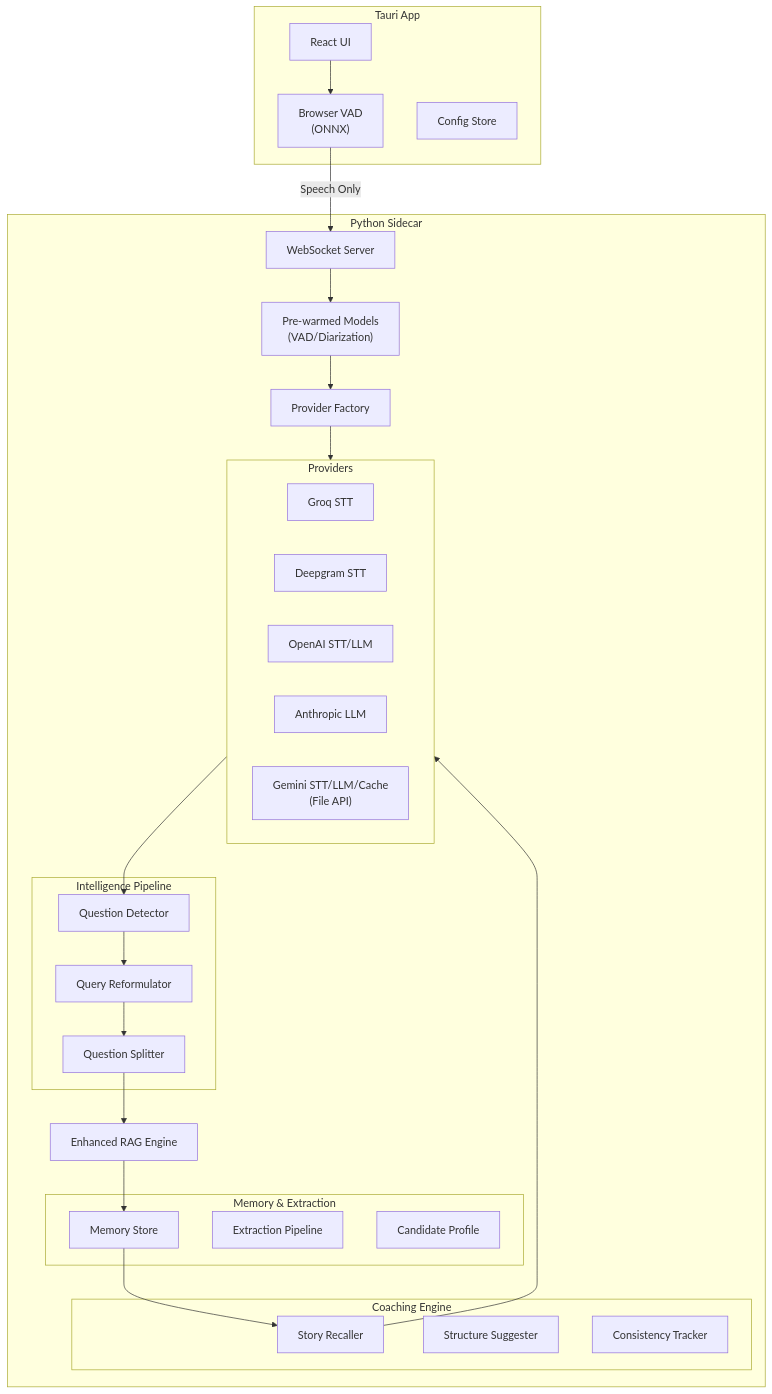
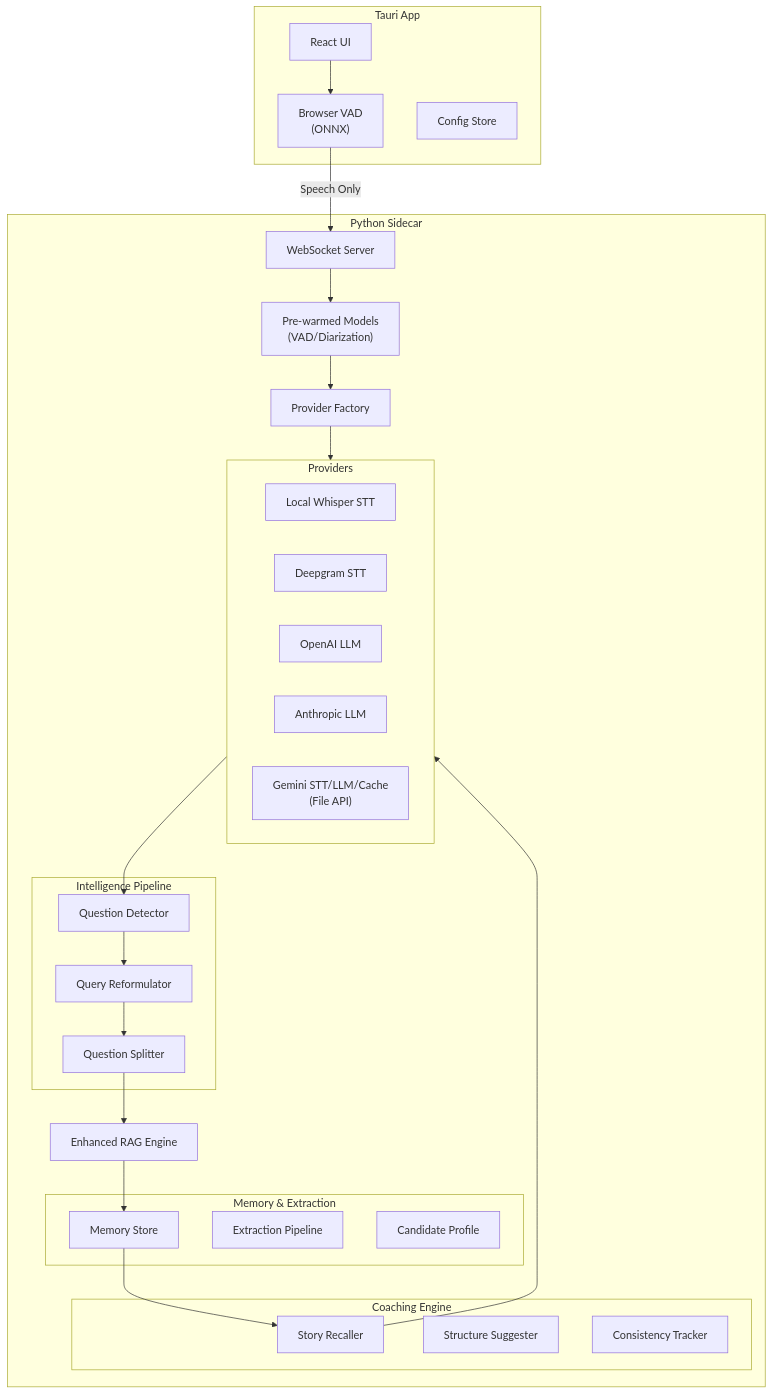
The diagram in README.md (justQrius/live_interview_agent), drawn with Mermaid before and after one commit. The commit also changed other lines of this file, not shown here.

Commit message:
docs: update README with new STT architecture details

````diff
--- a/README.md
+++ b/README.md
@@ -158,56 +157,56 @@
 ```mermaid
 graph TB
     subgraph "Tauri App"
         UI[React UI]
         BrowserVAD["Browser VAD<br/>(ONNX)"]
         Config[Config Store]
     end
 
     subgraph "Python Sidecar"
         Server[WebSocket Server]
         Factory[Provider Factory]
         
         subgraph "Providers"
-            Groq[Groq STT]
+            LocalWhisper[Local Whisper STT]
             Deepgram[Deepgram STT]
-            OpenAI[OpenAI STT/LLM]
+            OpenAI[OpenAI LLM]
             Anthropic[Anthropic LLM]
             Gemini["Gemini STT/LLM/Cache<br/>(File API)"]
         end
         
         Models["Pre-warmed Models<br/>(VAD/Diarization)"]
         
         subgraph "Intelligence Pipeline"
             Detector[Question Detector]
             Reformulator[Query Reformulator]
             Splitter[Question Splitter]
         end
         
         subgraph "Memory & Extraction"
             Memory[Memory Store]
             Extraction[Extraction Pipeline]
             Profile[Candidate Profile]
         end
         
         subgraph "Coaching Engine"
             StoryRecall[Story Recaller]
             Structure[Structure Suggester]
             Consistency[Consistency Tracker]
         end
         
         RAG[Enhanced RAG Engine]
     end
 
     UI --> BrowserVAD
     BrowserVAD -->|Speech Only| Server
     Server --> Models
     Models --> Factory
     Factory --> Providers
     Providers --> Detector
     Detector --> Reformulator
     Reformulator --> Splitter
     Splitter --> RAG
     RAG --> Memory
     Memory --> StoryRecall
     StoryRecall --> Providers
 ```
````
